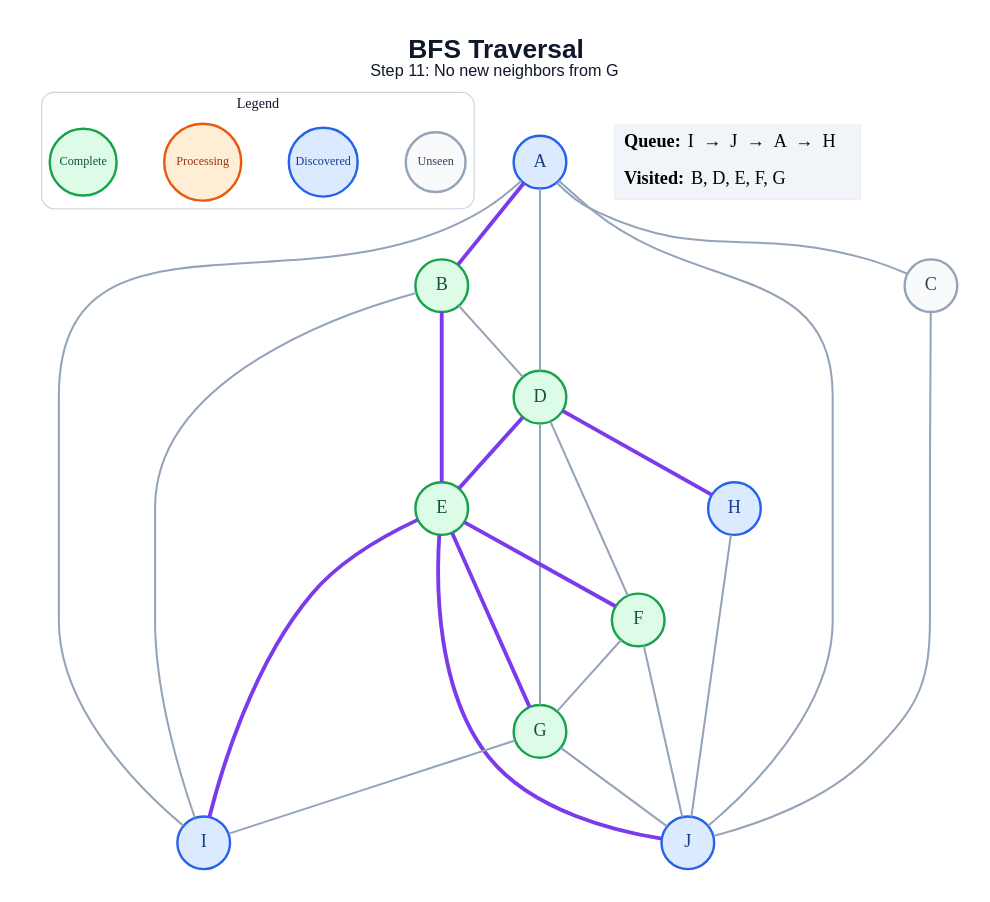
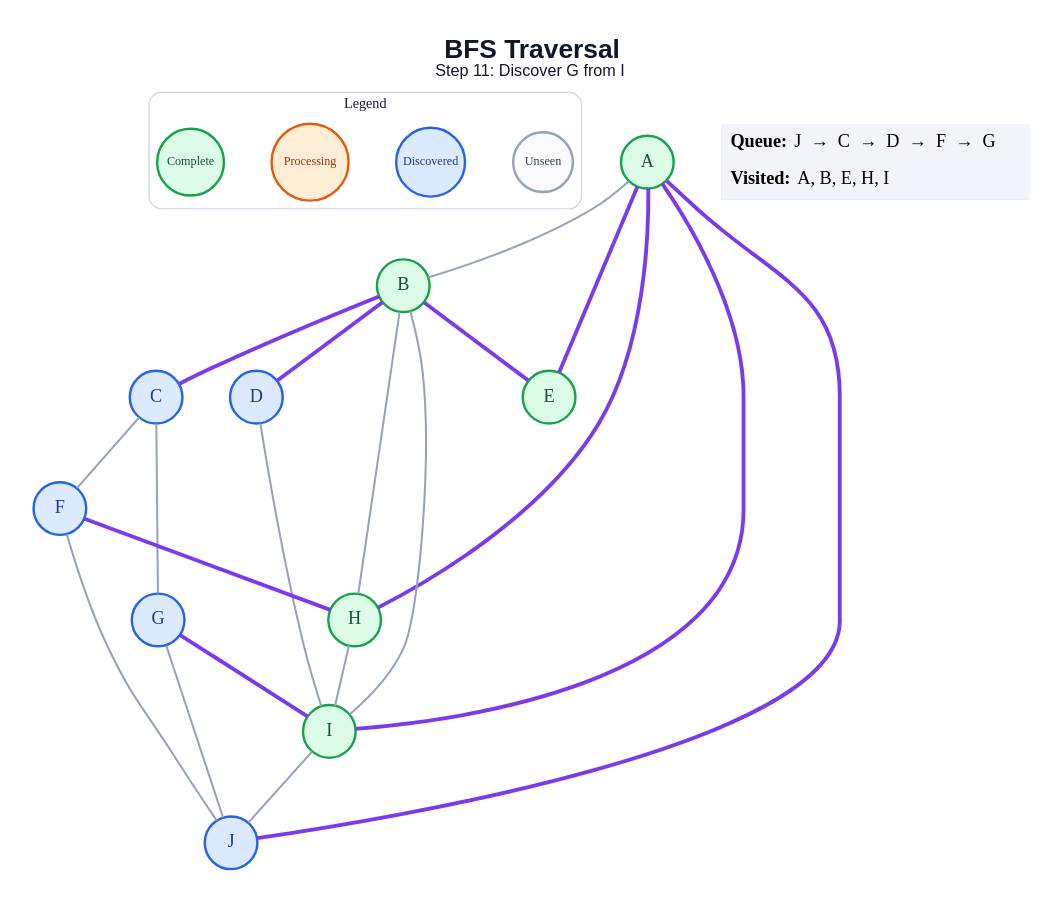
Before and after one commit to amanghodawala9/ai-slop: the diagram in generated/specific-node/bfs/step_11.dot, drawn with Graphviz. The commit also changed 178 other files, not shown here.

```diff
--- a/generated/specific-node/bfs/step_11.dot
+++ b/generated/specific-node/bfs/step_11.dot
@@ -1,51 +1,48 @@
 graph traversal {
   graph [layout=dot, rankdir=TB, bgcolor="#FFFFFF", pad="0.35", nodesep="0.65", ranksep="0.8", fontname="Arial"];
   node [shape=circle, style="filled", fontname="Arial Bold", fontsize=18, width=0.72, fixedsize=true, penwidth=2.4];
   edge [color="#94A3B8", penwidth=2.0];
-  label=<<B>BFS Traversal</B><BR/><FONT POINT-SIZE="16">Step 11: No new neighbors from G</FONT>>; labelloc="t"; fontsize=26; fontname="Arial"; fontcolor="#0F172A";
+  label=<<B>BFS Traversal</B><BR/><FONT POINT-SIZE="16">Step 11: Discover G from I</FONT>>; labelloc="t"; fontsize=26; fontname="Arial"; fontcolor="#0F172A";
   subgraph cluster_legend { label="Legend"; color="#CBD5E1"; penwidth=1.2; style="rounded"; fontsize=14; fontname="Arial Bold";
     key_unseen [label="Unseen", fillcolor="#F8FAFC", color="#94A3B8", fontcolor="#334155", fontsize=12, width=0.82];
     key_frontier [label="Discovered", fillcolor="#DBEAFE", color="#2563EB", fontcolor="#1E3A8A", fontsize=12, width=0.95];
     key_current [label="Processing", fillcolor="#FFEDD5", color="#EA580C", fontcolor="#9A3412", fontsize=12, width=1.05];
     key_done [label="Complete", fillcolor="#DCFCE7", color="#16A34A", fontcolor="#14532D", fontsize=12, width=0.92];
     { rank=same; key_unseen; key_frontier; key_current; key_done; }
   }
-  A [fillcolor="#DBEAFE", color="#2563EB", fontcolor="#1E3A8A"];
+  A [fillcolor="#DCFCE7", color="#16A34A", fontcolor="#14532D"];
   B [fillcolor="#DCFCE7", color="#16A34A", fontcolor="#14532D"];
-  C [fillcolor="#F8FAFC", color="#94A3B8", fontcolor="#334155"];
-  D [fillcolor="#DCFCE7", color="#16A34A", fontcolor="#14532D"];
+  C [fillcolor="#DBEAFE", color="#2563EB", fontcolor="#1E3A8A"];
+  D [fillcolor="#DBEAFE", color="#2563EB", fontcolor="#1E3A8A"];
   E [fillcolor="#DCFCE7", color="#16A34A", fontcolor="#14532D"];
-  F [fillcolor="#DCFCE7", color="#16A34A", fontcolor="#14532D"];
-  G [fillcolor="#DCFCE7", color="#16A34A", fontcolor="#14532D"];
-  H [fillcolor="#DBEAFE", color="#2563EB", fontcolor="#1E3A8A"];
-  I [fillcolor="#DBEAFE", color="#2563EB", fontcolor="#1E3A8A"];
+  F [fillcolor="#DBEAFE", color="#2563EB", fontcolor="#1E3A8A"];
+  G [fillcolor="#DBEAFE", color="#2563EB", fontcolor="#1E3A8A"];
+  H [fillcolor="#DCFCE7", color="#16A34A", fontcolor="#14532D"];
+  I [fillcolor="#DCFCE7", color="#16A34A", fontcolor="#14532D"];
   J [fillcolor="#DBEAFE", color="#2563EB", fontcolor="#1E3A8A"];
-  A -- B [color="#7C3AED", penwidth=3.8];
-  A -- C;
-  A -- D;
-  A -- I;
-  A -- J;
-  B -- D;
+  A -- B;
+  A -- E [color="#7C3AED", penwidth=3.8];
+  A -- H [color="#7C3AED", penwidth=3.8];
+  A -- I [color="#7C3AED", penwidth=3.8];
+  A -- J [color="#7C3AED", penwidth=3.8];
+  B -- C [color="#7C3AED", penwidth=3.8];
+  B -- D [color="#7C3AED", penwidth=3.8];
   B -- E [color="#7C3AED", penwidth=3.8];
+  B -- H;
   B -- I;
-  C -- J;
-  D -- E [color="#7C3AED", penwidth=3.8];
-  D -- F;
-  D -- G;
-  D -- H [color="#7C3AED", penwidth=3.8];
-  E -- F [color="#7C3AED", penwidth=3.8];
-  E -- G [color="#7C3AED", penwidth=3.8];
-  E -- I [color="#7C3AED", penwidth=3.8];
-  E -- J [color="#7C3AED", penwidth=3.8];
-  F -- G;
+  C -- F;
+  C -- G;
+  D -- I;
+  F -- H [color="#7C3AED", penwidth=3.8];
   F -- J;
-  G -- I;
+  G -- I [color="#7C3AED", penwidth=3.8];
   G -- J;
-  H -- J;
+  H -- I;
+  I -- J;
   status [shape=plain, fixedsize=false, width=0, height=0, margin=0, label=<
     <TABLE BORDER="0" CELLBORDER="0" CELLPADDING="7" BGCOLOR="#F1F5F9">
-      <TR><TD ALIGN="LEFT"><B>Queue:</B> I  →  J  →  A  →  H</TD></TR>
-      <TR><TD ALIGN="LEFT"><B>Visited:</B> B, D, E, F, G</TD></TR>
+      <TR><TD ALIGN="LEFT"><B>Queue:</B> J  →  C  →  D  →  F  →  G</TD></TR>
+      <TR><TD ALIGN="LEFT"><B>Visited:</B> A, B, E, H, I</TD></TR>
     </TABLE>
   >];
 }
```
